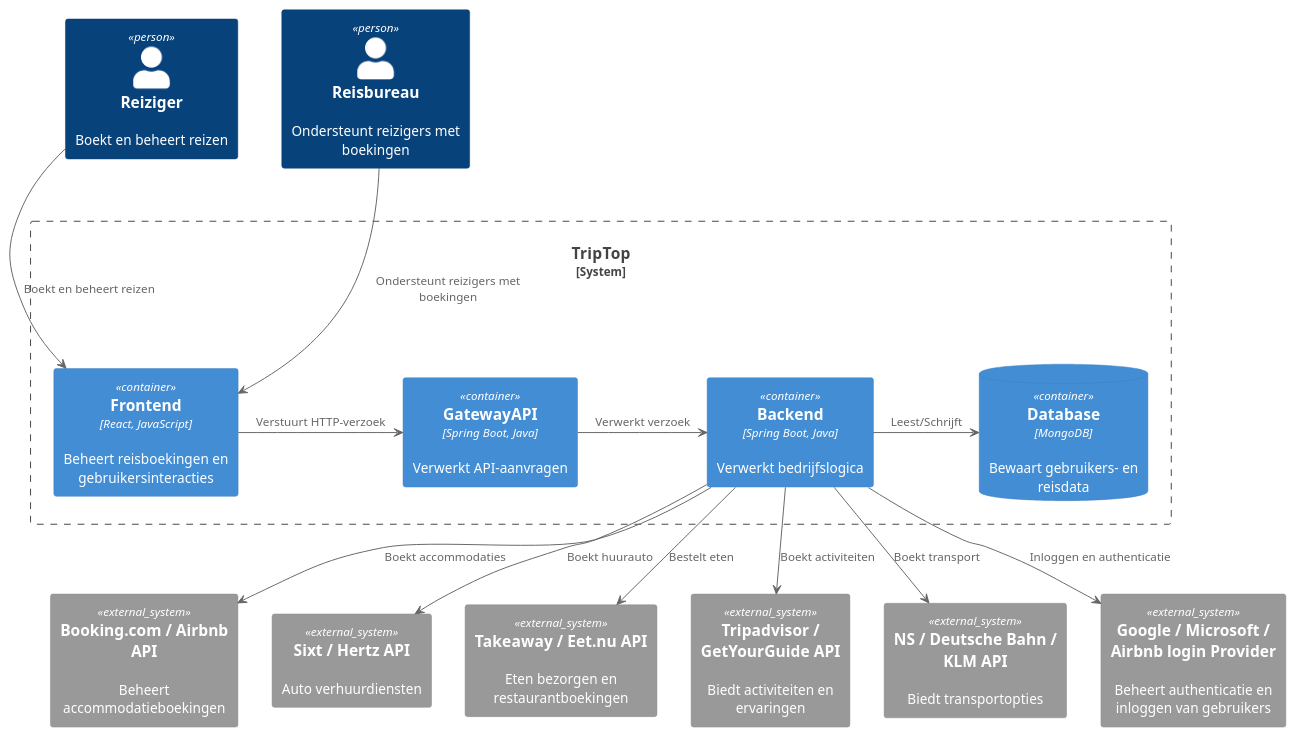
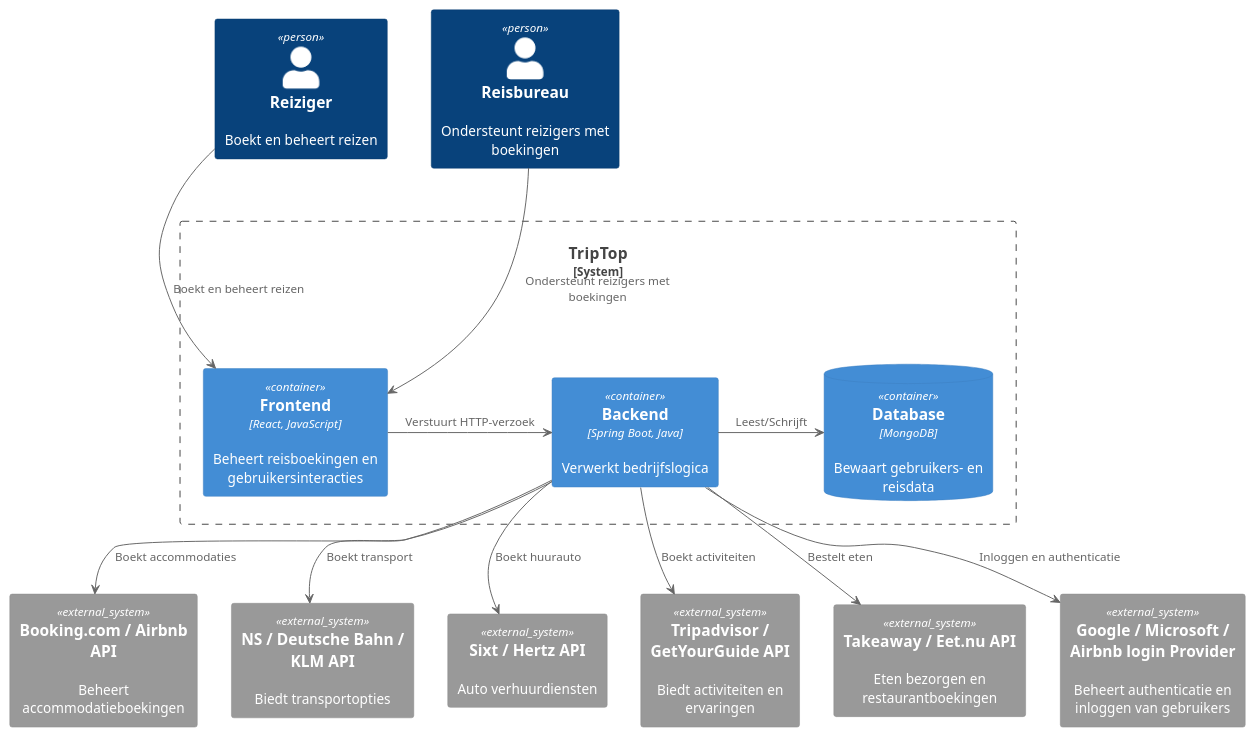
The diagram in opdracht-diagrammen/C4 Container/Static/ContainerDiagram - Jordy.puml (AIM-ENE-feb25/triptop-groep-3), drawn with PlantUML before and after one commit. The commit also changed 4 other files, not shown here.

```diff
--- a/opdracht-diagrammen/C4 Container/Static/ContainerDiagram - Jordy.puml
+++ b/opdracht-diagrammen/C4 Container/Static/ContainerDiagram - Jordy.puml
@@ -1,49 +1,47 @@
 @startuml C4_Elements
 !include https://raw.githubusercontent.com/plantuml-stdlib/C4-PlantUML/master/C4_Container.puml
+
 ' Definieer Gebruikers
 Person(Traveler, "Reiziger", "Boekt en beheert reizen")
 Person(TravelAgent, "Reisbureau", "Ondersteunt reizigers met boekingen")
 
 ' Definieer Systeem
 System_Boundary(TripTop, "TripTop", $link="https://github.com/plantuml-stdlib/C4-PlantUML") {
 
-' Definieer Containers
-Container(Frontend, "Frontend", "React, JavaScript", "Beheert reisboekingen en gebruikersinteracties")
-Container(GatewayAPI, "GatewayAPI", "Spring Boot, Java", "Verwerkt API-aanvragen")
-Container(Backend, "Backend", "Spring Boot, Java", "Verwerkt bedrijfslogica")
-ContainerDb(Database, "Database", "MongoDB", "Bewaart gebruikers- en reisdata")
+  Container(Frontend, "Frontend", "React, JavaScript", "Beheert reisboekingen en gebruikersinteracties")
+  Container(Backend, "Backend", "Spring Boot, Java", "Verwerkt bedrijfslogica")
+  ContainerDb(Database, "Database", "MongoDB", "Bewaart gebruikers- en reisdata")
 }
 
 ' Definieer Externe Systemen
 System_Ext(Booking, "Booking.com / Airbnb API", "Beheert accommodatieboekingen")
 System_Ext(Transport, "NS / Deutsche Bahn / KLM API", "Biedt transportopties")
 System_Ext(CarRent, "Sixt / Hertz API", "Auto verhuurdiensten")
 System_Ext(Activities, "Tripadvisor / GetYourGuide API", "Biedt activiteiten en ervaringen")
 System_Ext(Food, "Takeaway / Eet.nu API", "Eten bezorgen en restaurantboekingen")
 System_Ext(IdProvider, "Google / Microsoft / Airbnb login Provider", "Beheert authenticatie en inloggen van gebruikers")
 
 ' Relaties
 Traveler -> Frontend : "Boekt en beheert reizen"
 TravelAgent -> Frontend : "Ondersteunt reizigers met boekingen"
-Frontend -> GatewayAPI : "Verstuurt HTTP-verzoek"
-GatewayAPI -> Backend : "Verwerkt verzoek"
+Frontend -> Backend : "Verstuurt HTTP-verzoek"
 Backend -> Booking : "Boekt accommodaties"
 Backend -> Transport : "Boekt transport"
 Backend -> CarRent : "Boekt huurauto"
 Backend -> Activities : "Boekt activiteiten"
 Backend -> Food : "Bestelt eten"
 Backend -> Database : "Leest/Schrijft"
 Backend -> IdProvider : "Inloggen en authenticatie"
 
 ' Positionering
 Traveler -[hidden]-> TripTop
 TravelAgent -[hidden]-> TripTop
-TripTop -[hidden]-> GatewayAPI
-GatewayAPI -[hidden]-> Booking
-GatewayAPI -[hidden]-> Transport
-GatewayAPI -[hidden]-> CarRent
-GatewayAPI -[hidden]-> Activities
-GatewayAPI -[hidden]-> Food
-GatewayAPI -[hidden]-> IdProvider
+TripTop -[hidden]-> Backend
+Backend -[hidden]-> Booking
+Backend -[hidden]-> Transport
+Backend -[hidden]-> CarRent
+Backend -[hidden]-> Activities
+Backend -[hidden]-> Food
+Backend -[hidden]-> IdProvider
 
 @enduml
```
